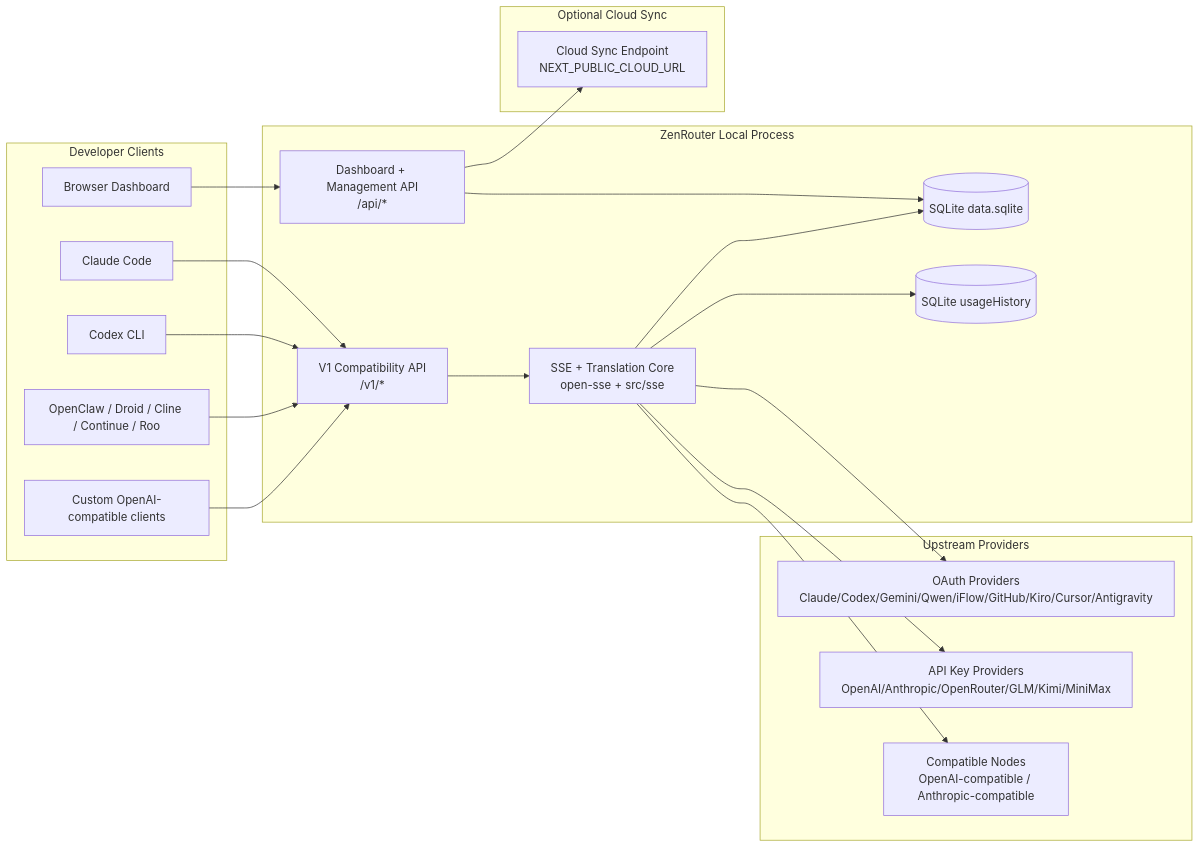
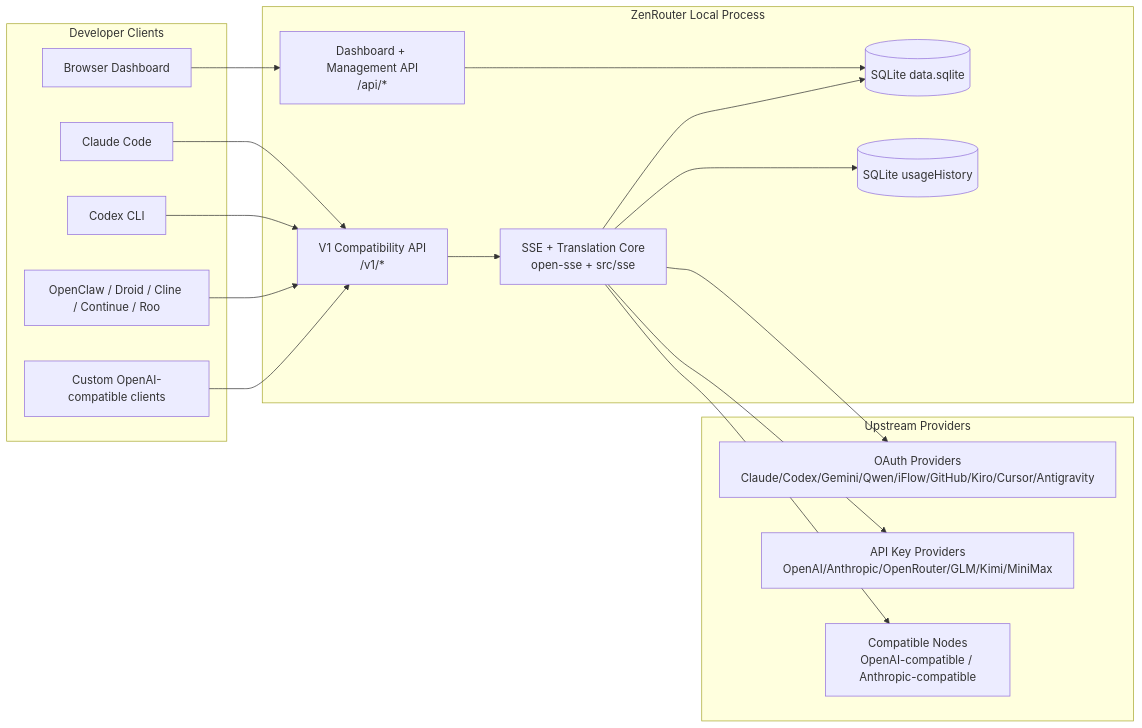
Before and after one commit to ByKitsune/kitsune-router: the first of 7 diagrams in docs/ARCHITECTURE.md, drawn with Mermaid. The commit also changed other lines of this file and 9 other files, not shown here.

````diff
--- a/docs/ARCHITECTURE.md
+++ b/docs/ARCHITECTURE.md
@@ -45,45 +45,40 @@
 ```mermaid
 flowchart LR
     subgraph Clients[Developer Clients]
         C1[Claude Code]
         C2[Codex CLI]
         C3[OpenClaw / Droid / Cline / Continue / Roo]
         C4[Custom OpenAI-compatible clients]
         BROWSER[Browser Dashboard]
     end
 
     subgraph Router[ZenRouter Local Process]
         API[V1 Compatibility API\n/v1/*]
         DASH[Dashboard + Management API\n/api/*]
         CORE[SSE + Translation Core\nopen-sse + src/sse]
         DB[(SQLite data.sqlite)]
         UDB[(SQLite usageHistory)]
     end
 
     subgraph Upstreams[Upstream Providers]
         P1[OAuth Providers\nClaude/Codex/Gemini/Qwen/iFlow/GitHub/Kiro/Cursor/Antigravity]
         P2[API Key Providers\nOpenAI/Anthropic/OpenRouter/GLM/Kimi/MiniMax]
         P3[Compatible Nodes\nOpenAI-compatible / Anthropic-compatible]
     end
 
-    subgraph Cloud[Optional Cloud Sync]
-        CLOUD[Cloud Sync Endpoint\nNEXT_PUBLIC_CLOUD_URL]
-    end
-
     C1 --> API
     C2 --> API
     C3 --> API
     C4 --> API
     BROWSER --> DASH
 
     API --> CORE
     DASH --> DB
     CORE --> DB
     CORE --> UDB
 
     CORE --> P1
     CORE --> P2
     CORE --> P3
 
-    DASH --> CLOUD
 ```
````
